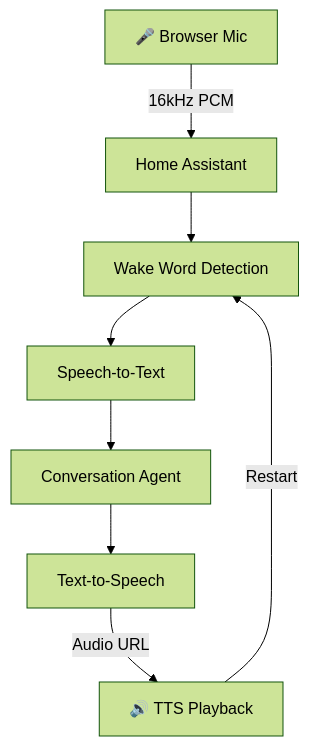
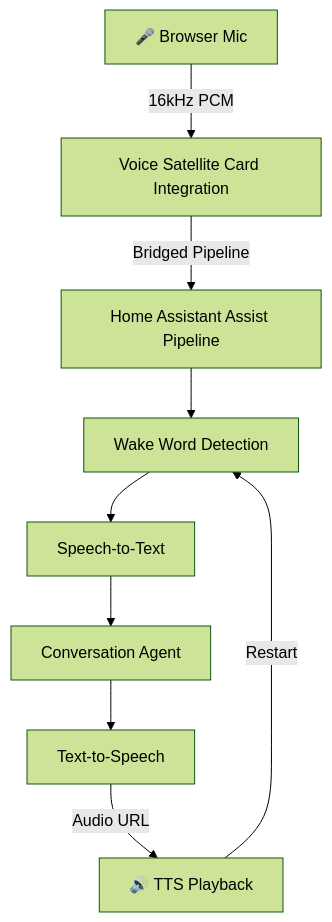
One commit to jxlarrea/voice-satellite-card-integration changed the first of 2 diagrams in README.md. Above: the diagram before and after it, drawn with Mermaid (forest theme). The commit also changed other lines of this file and 32 other files, not shown here.

First line of the commit message:
v4.0.0 — Satellite event subscription, bridged-only pipeline, DESIGN.md rewrite

````diff
--- a/README.md
+++ b/README.md
@@ -47,10 +50,11 @@
 ```mermaid
 graph TD
-    A[🎤 Browser Mic] -->|16kHz PCM| B[Home Assistant]
-    B --> C[Wake Word Detection]
-    C --> D[Speech-to-Text]
-    D --> E[Conversation Agent]
-    E --> F[Text-to-Speech]
-    F -->|Audio URL| G[🔊 TTS Playback]
-    G -->|Restart| C
+    A[🎤 Browser Mic] -->|16kHz PCM| B[Voice Satellite Card Integration]
+    B -->|Bridged Pipeline| C[Home Assistant Assist Pipeline]
+    C --> D[Wake Word Detection]
+    D --> E[Speech-to-Text]
+    E --> F[Conversation Agent]
+    F --> G[Text-to-Speech]
+    G -->|Audio URL| H[🔊 TTS Playback]
+    H -->|Restart| D
 ```
````
